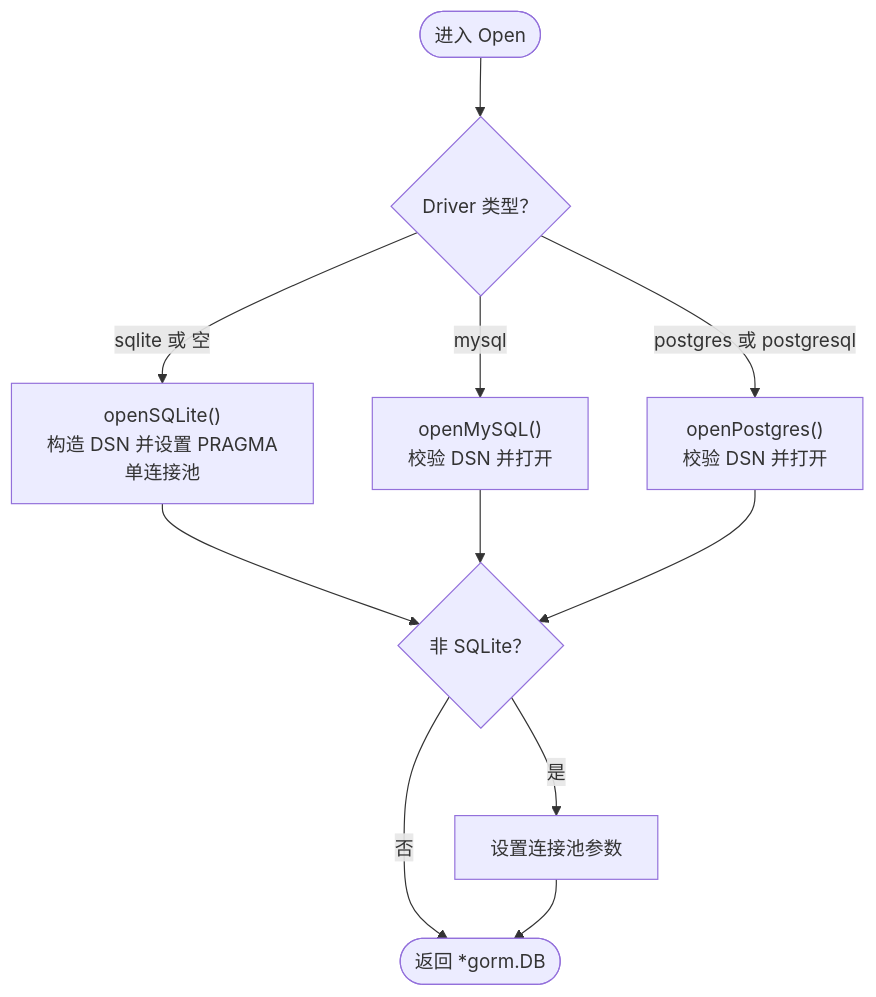
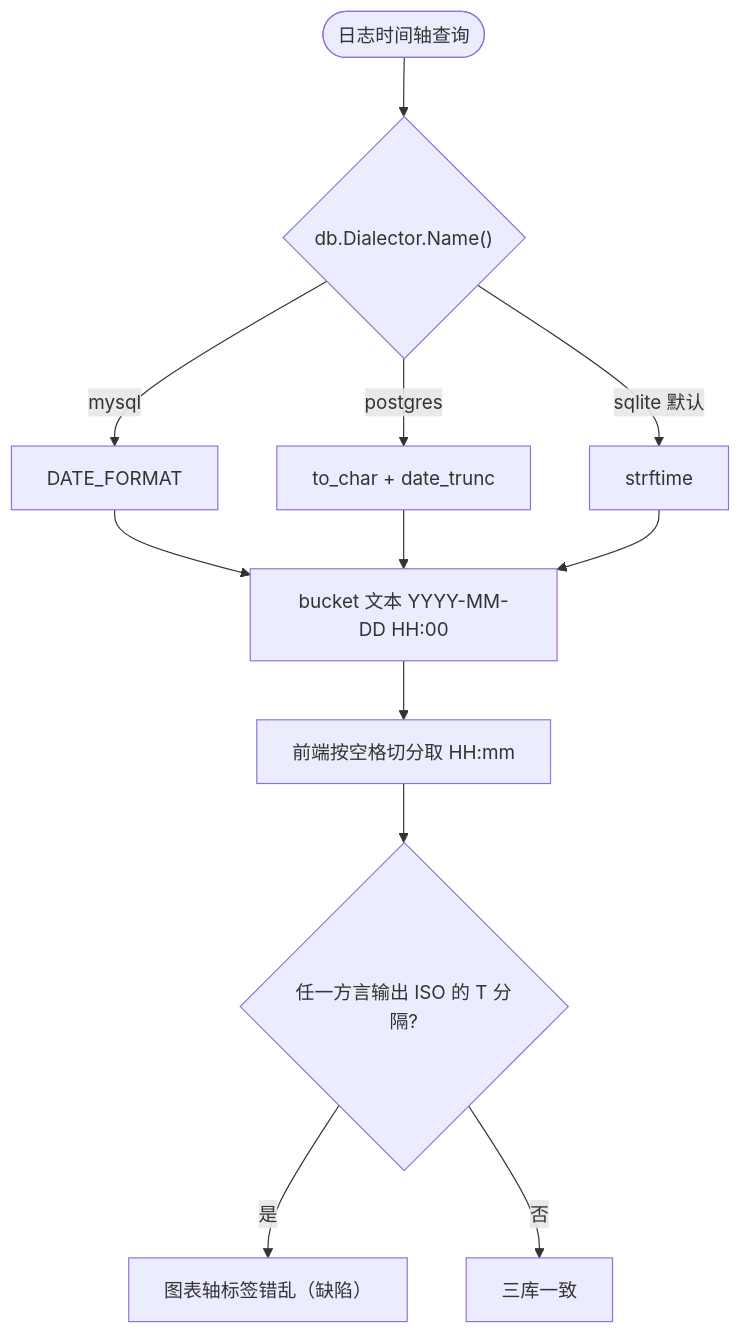
One commit to x01n/My-OpenWaf changed the second of 4 diagrams in docs/数据存储层/多数据库支持.md. Above: the diagram before and after it, drawn with Mermaid. The commit also changed other lines of this file and 622 other files, not shown here.

````diff
--- a/docs/数据存储层/多数据库支持.md
+++ b/docs/数据存储层/多数据库支持.md
@@ -151,13 +357,14 @@
 ```mermaid
 flowchart TD
-Start(["进入 Open"]) --> CheckDriver{"Driver 类型？"}
-CheckDriver --> |sqlite 或 空| OpenSQLite["openSQLite()<br/>构造 DSN 并设置 PRAGMA<br/>单连接池"]
-CheckDriver --> |mysql| OpenMySQL["openMySQL()<br/>校验 DSN 并打开"]
-CheckDriver --> |postgres 或 postgresql| OpenPostgres["openPostgres()<br/>校验 DSN 并打开"]
-OpenSQLite --> PoolTune{"非 SQLite？"}
-OpenMySQL --> PoolTune
-OpenPostgres --> PoolTune
-PoolTune --> |是| SetPool["设置连接池参数"]
-PoolTune --> |否| End(["返回 *gorm.DB"])
-SetPool --> End
+S(["日志时间轴查询"]) --> D{"db.Dialector.Name()"}
+D -->|mysql| M["DATE_FORMAT"]
+D -->|postgres| P["to_char + date_trunc"]
+D -->|sqlite 默认| Q["strftime"]
+M --> OUT["bucket 文本 YYYY-MM-DD HH:00"]
+P --> OUT
+Q --> OUT
+OUT --> FE["前端按空格切分取 HH:mm"]
+FE --> RISK{"任一方言输出 ISO 的 T 分隔?"}
+RISK -->|是| BAD["图表轴标签错乱（缺陷）"]
+RISK -->|否| OK["三库一致"]
 ```
````
